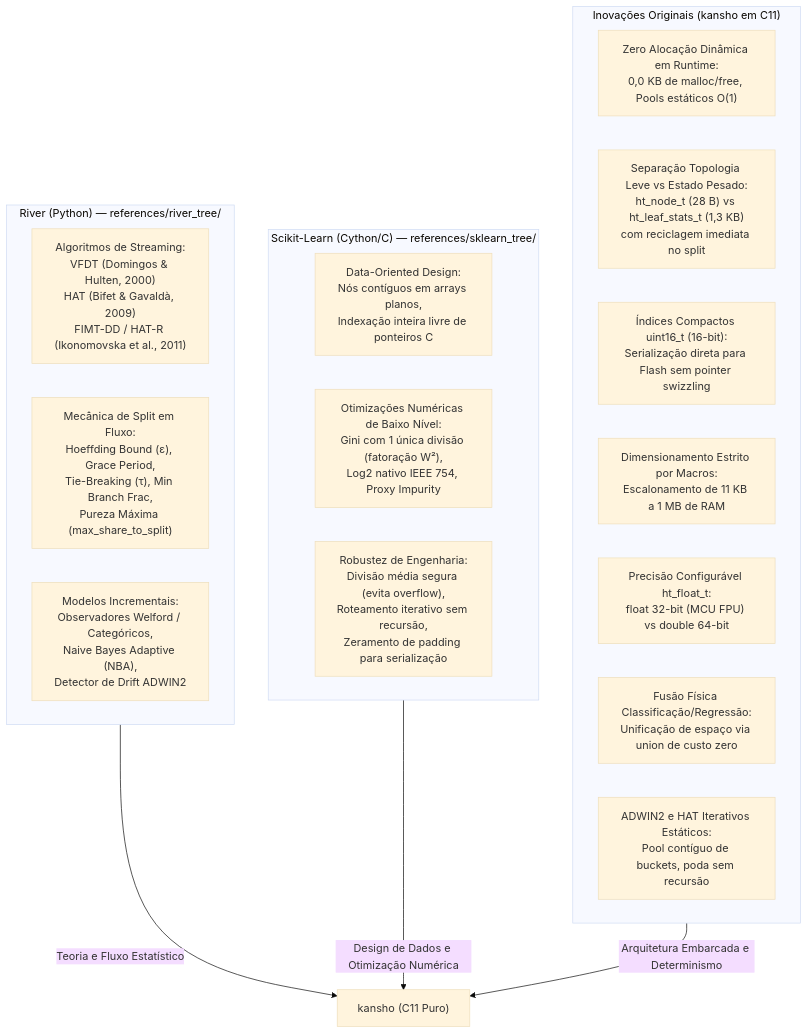
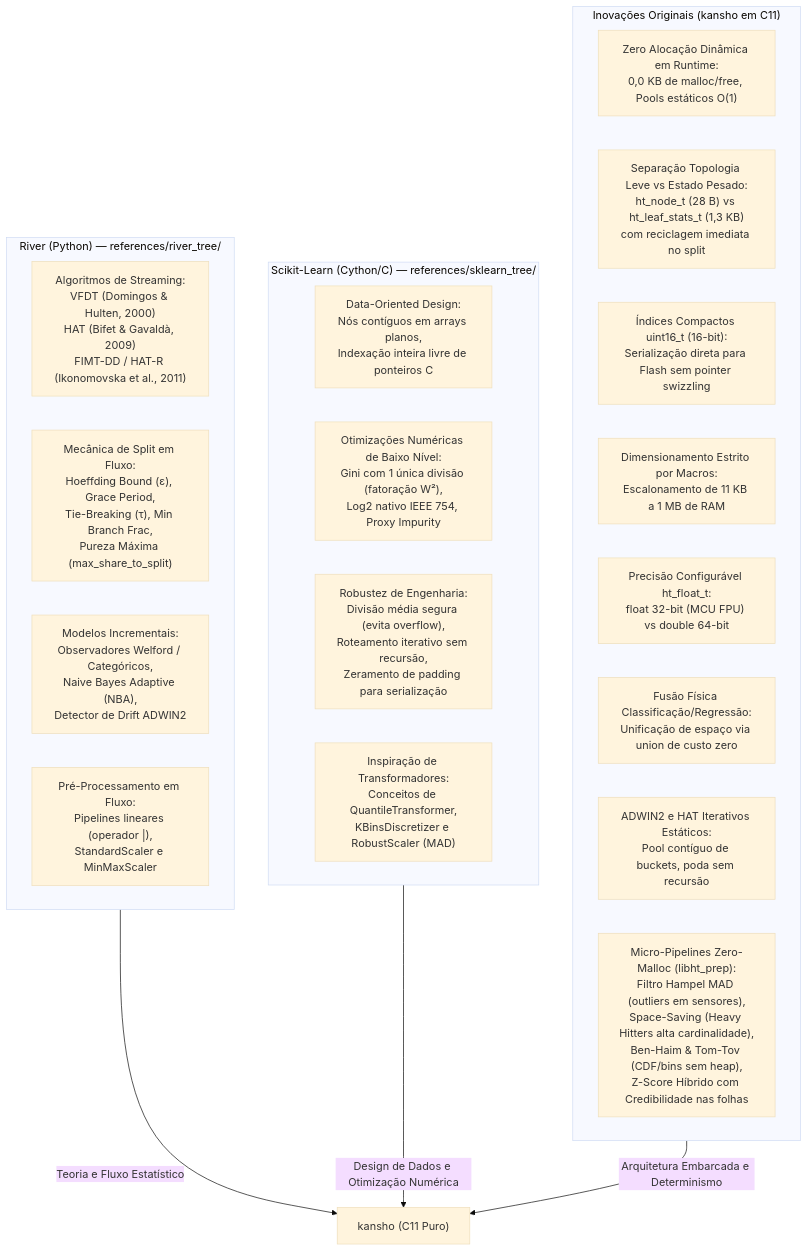
Before and after one commit to Julio-C-Oliveira/pessoal_minimal-decision-tree: the first of 3 diagrams in wiki/Origem-River-Scikit-Learn-e-Originalidade.md, drawn with Mermaid (base theme). The commit also changed other lines of this file, not shown here.

Commit message:
docs(wiki): document v0.2.0 preprocessing and data treatment lineage in architectural origins

````diff
--- a/wiki/Origem-River-Scikit-Learn-e-Originalidade.md
+++ b/wiki/Origem-River-Scikit-Learn-e-Originalidade.md
@@ -9,28 +9,31 @@
 ```mermaid
 flowchart TD
     subgraph RIVER["River (Python) — references/river_tree/"]
         R1["Algoritmos de Streaming:<br/>VFDT (Domingos & Hulten, 2000)<br/>HAT (Bifet & Gavaldà, 2009)<br/>FIMT-DD / HAT-R (Ikonomovska et al., 2011)"]
         R2["Mecânica de Split em Fluxo:<br/>Hoeffding Bound (ε), Grace Period,<br/>Tie-Breaking (τ), Min Branch Frac,<br/>Pureza Máxima (max_share_to_split)"]
         R3["Modelos Incrementais:<br/>Observadores Welford / Categóricos,<br/>Naive Bayes Adaptive (NBA),<br/>Detector de Drift ADWIN2"]
+        R4["Pré-Processamento em Fluxo:<br/>Pipelines lineares (operador |),<br/>StandardScaler e MinMaxScaler"]
     end
 
     subgraph SKLEARN["Scikit-Learn (Cython/C) — references/sklearn_tree/"]
         S1["Data-Oriented Design:<br/>Nós contíguos em arrays planos,<br/>Indexação inteira livre de ponteiros C"]
         S2["Otimizações Numéricas de Baixo Nível:<br/>Gini com 1 única divisão (fatoração W²),<br/>Log2 nativo IEEE 754, Proxy Impurity"]
         S3["Robustez de Engenharia:<br/>Divisão média segura (evita overflow),<br/>Roteamento iterativo sem recursão,<br/>Zeramento de padding para serialização"]
+        S4["Inspiração de Transformadores:<br/>Conceitos de QuantileTransformer,<br/>KBinsDiscretizer e RobustScaler (MAD)"]
     end
 
     subgraph ORIGINAL["Inovações Originais (kansho em C11)"]
         O1["Zero Alocação Dinâmica em Runtime:<br/>0,0 KB de malloc/free, Pools estáticos O(1)"]
         O2["Separação Topologia Leve vs Estado Pesado:<br/>ht_node_t (28 B) vs ht_leaf_stats_t (1,3 KB)<br/>com reciclagem imediata no split"]
         O3["Índices Compactos uint16_t (16-bit):<br/>Serialização direta para Flash sem pointer swizzling"]
         O4["Dimensionamento Estrito por Macros:<br/>Escalonamento de 11 KB a 1 MB de RAM"]
         O5["Precisão Configurável ht_float_t:<br/>float 32-bit (MCU FPU) vs double 64-bit"]
         O6["Fusão Física Classificação/Regressão:<br/>Unificação de espaço via union de custo zero"]
         O7["ADWIN2 e HAT Iterativos Estáticos:<br/>Pool contíguo de buckets, poda sem recursão"]
+        O8["Micro-Pipelines Zero-Malloc (libht_prep):<br/>Filtro Hampel MAD (outliers em sensores),<br/>Space-Saving (Heavy Hitters alta cardinalidade),<br/>Ben-Haim & Tom-Tov (CDF/bins sem heap),<br/>Z-Score Híbrido com Credibilidade nas folhas"]
     end
 
     RIVER --> |"Teoria e Fluxo Estatístico"| MDT["kansho (C11 Puro)"]
     SKLEARN --> |"Design de Dados e Otimização Numérica"| MDT
     ORIGINAL --> |"Arquitetura Embarcada e Determinismo"| MDT
 ```
````
